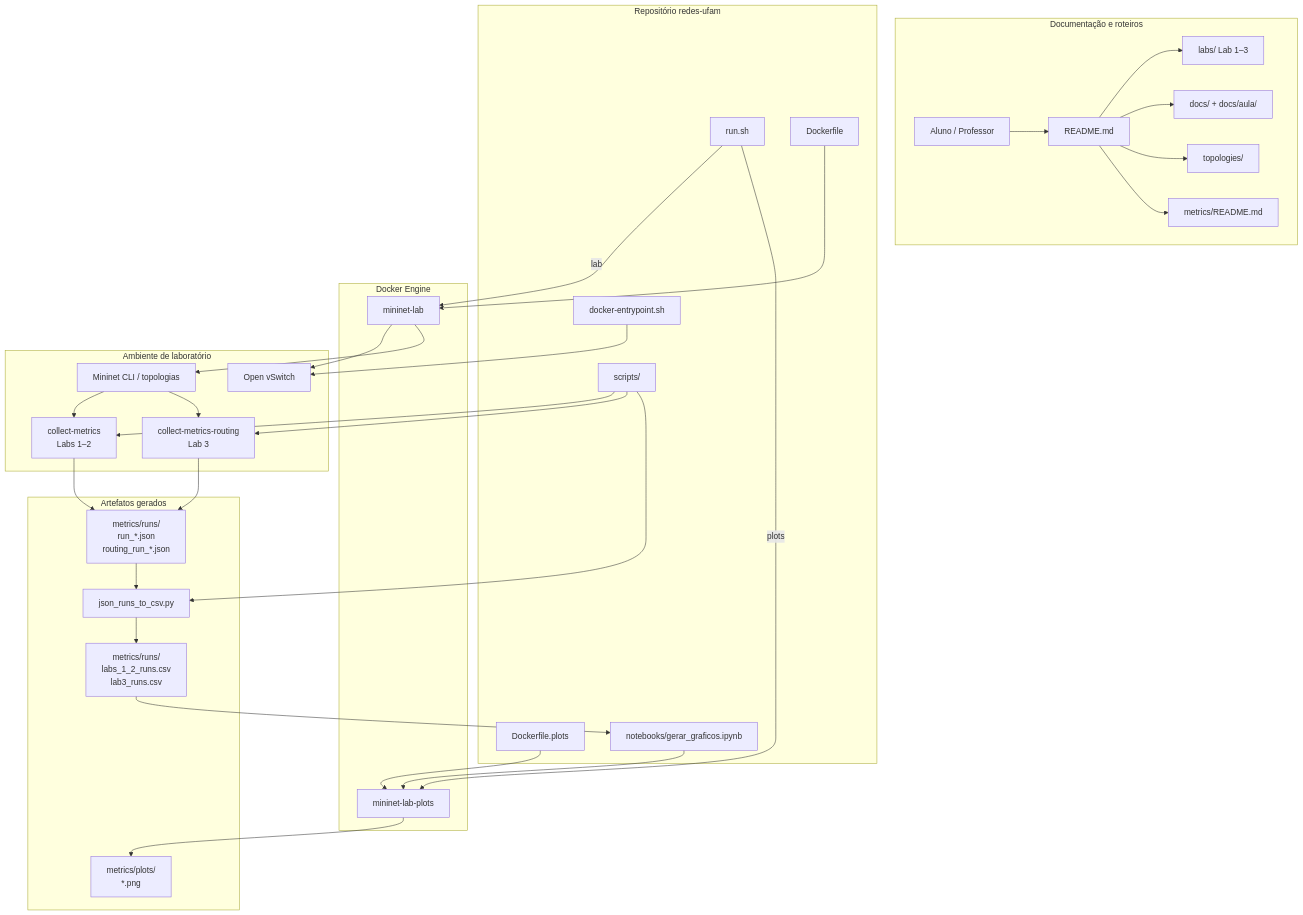
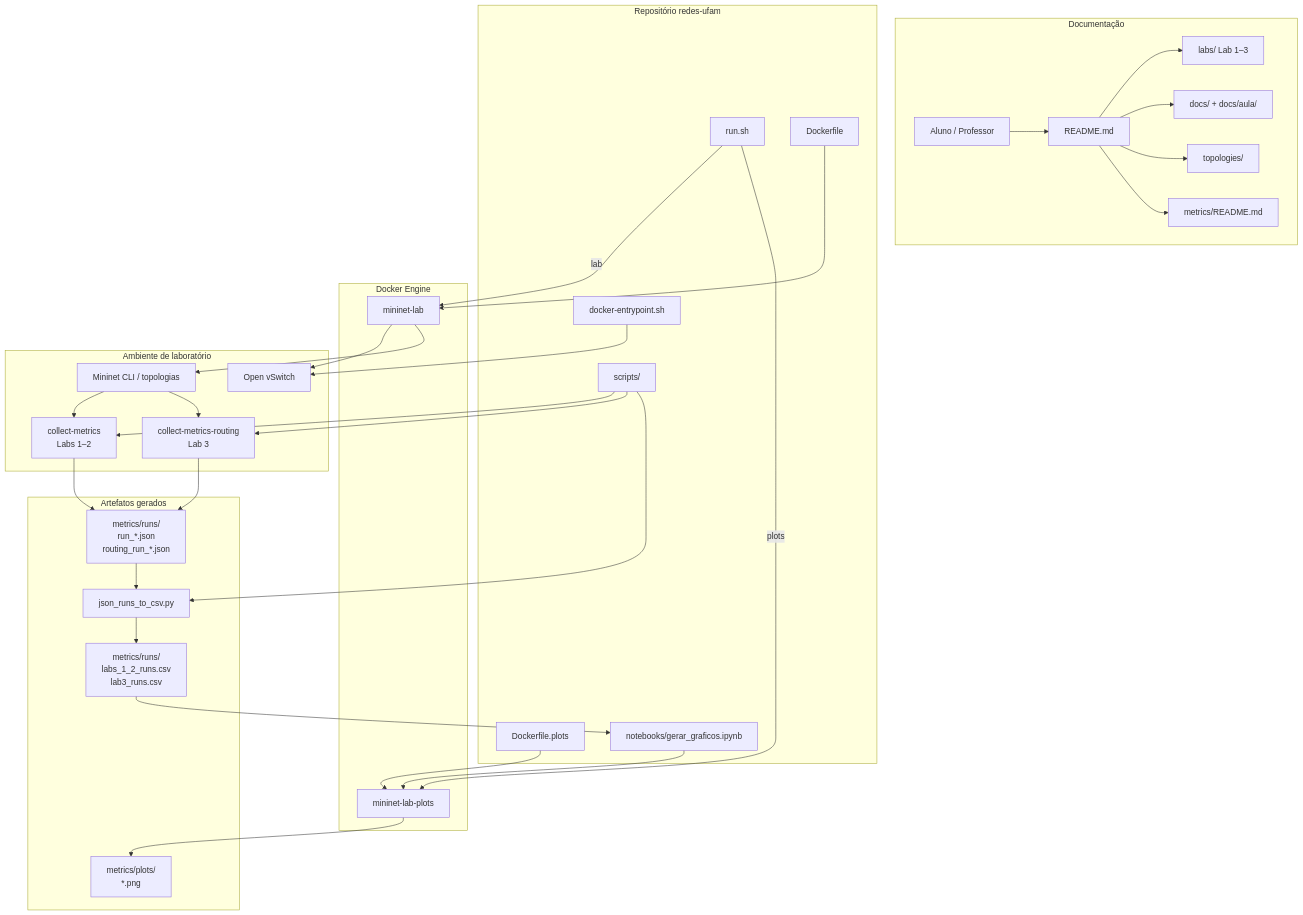
The diagram in docs/diagrama-arquitetura.mmd (PhD-May/redes-ufam), drawn with Mermaid before and after one commit. The commit also changed 2 other files, not shown here.

```diff
--- a/docs/diagrama-arquitetura.mmd
+++ b/docs/diagrama-arquitetura.mmd
@@ -1,65 +1,65 @@
 flowchart TB
-  subgraph doc [Documentação e roteiros]
+  subgraph doc [Documentação]
     usuario[Aluno / Professor]
     readme[README.md]
     labs[labs/ Lab 1–3]
     docs[docs/ + docs/aula/]
     topologias[topologies/]
     metricasDoc[metrics/README.md]
   end
 
   subgraph repo [Repositório redes-ufam]
     runsh[run.sh]
     dockerfile[Dockerfile]
     dockerfilePlots[Dockerfile.plots]
     entrypoint[docker-entrypoint.sh]
     scripts[scripts/]
     notebook[notebooks/gerar_graficos.ipynb]
   end
 
   subgraph docker [Docker Engine]
     container[mininet-lab]
     containerPlots[mininet-lab-plots]
   end
 
   subgraph runtime [Ambiente de laboratório]
     ovs[Open vSwitch]
     mininet[Mininet CLI / topologias]
     coletaLab[collect-metrics\nLabs 1–2]
     coletaRoute[collect-metrics-routing\nLab 3]
   end
 
   subgraph artifacts [Artefatos gerados]
     jsonOut["metrics/runs/\nrun_*.json\nrouting_run_*.json"]
     jsonCsv[json_runs_to_csv.py]
     csvOut["metrics/runs/\nlabs_1_2_runs.csv\nlab3_runs.csv"]
     pngOut["metrics/plots/\n*.png"]
   end
 
   usuario --> readme
   readme --> labs
   readme --> docs
   readme --> topologias
   readme --> metricasDoc
 
   runsh -->|lab| container
   runsh -->|plots| containerPlots
   dockerfile --> container
   dockerfilePlots --> containerPlots
   entrypoint --> ovs
   container --> ovs
   container --> mininet
   scripts --> coletaLab
   scripts --> coletaRoute
   scripts --> jsonCsv
 
   mininet --> coletaLab
   mininet --> coletaRoute
   coletaLab --> jsonOut
   coletaRoute --> jsonOut
 
   jsonOut --> jsonCsv
   jsonCsv --> csvOut
   csvOut --> notebook
   notebook --> containerPlots
   containerPlots --> pngOut
```
